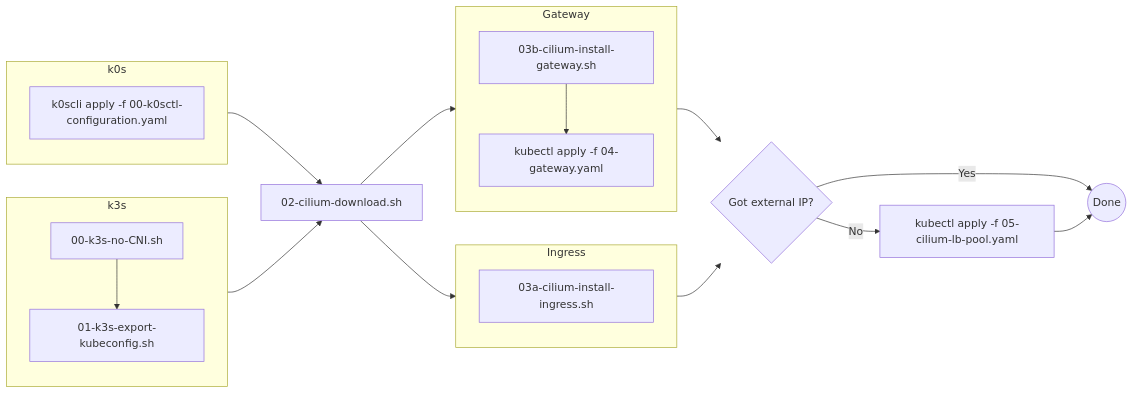
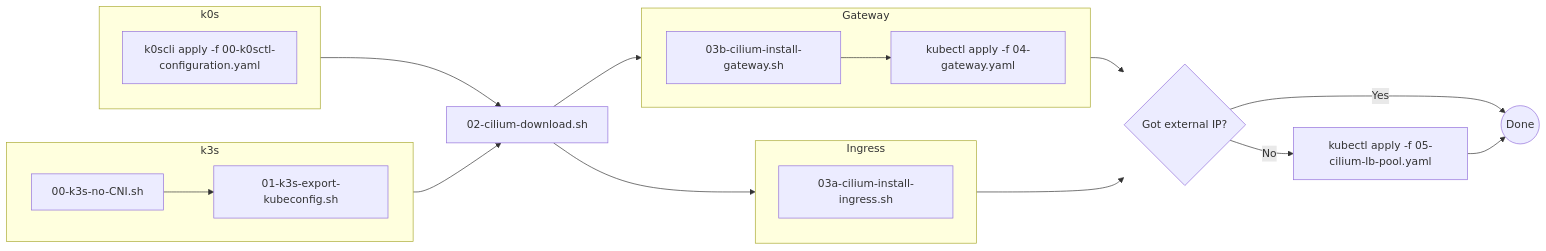
One commit to manfredbjorlin/kubernetes-setup changed the diagram in README.md. Above: the diagram before and after it, drawn with Mermaid.

````diff
--- a/README.md
+++ b/README.md
@@ -35,32 +35,34 @@
 ```mermaid
 flowchart LR
 subgraph A[k0s]
-B[k0scli apply -f 00-k0sctl-configuration.yaml]
+  B[k0scli apply -f 00-k0sctl-configuration.yaml]
 end
 subgraph C[k3s]
-D[00-k3s-no-CNI.sh]
-E[01-k3s-export-kubeconfig.sh]
+  direction LR
+  D[00-k3s-no-CNI.sh]
+  E[01-k3s-export-kubeconfig.sh]
+  D-->E
 end
-D-->E
 F[02-cilium-download.sh]
 A-->F
 C-->F
 subgraph K[Ingress]
-G[03a-cilium-install-ingress.sh]
+  G[03a-cilium-install-ingress.sh]
 end
 subgraph L[Gateway]
-M[03b-cilium-install-gateway.sh]
-N[kubectl apply -f 04-gateway.yaml]
-M-->N
+  direction LR
+  M[03b-cilium-install-gateway.sh]
+  N[kubectl apply -f 04-gateway.yaml]
+  M-->N
 end
 F-->L
 L-->H
 F-->K
 K-->H
 H{Got external IP?}
 I[kubectl apply -f 05-cilium-lb-pool.yaml]
 J((Done))
 H-->|No|I
 H-->|Yes|J
 I-->J
 ```
````
